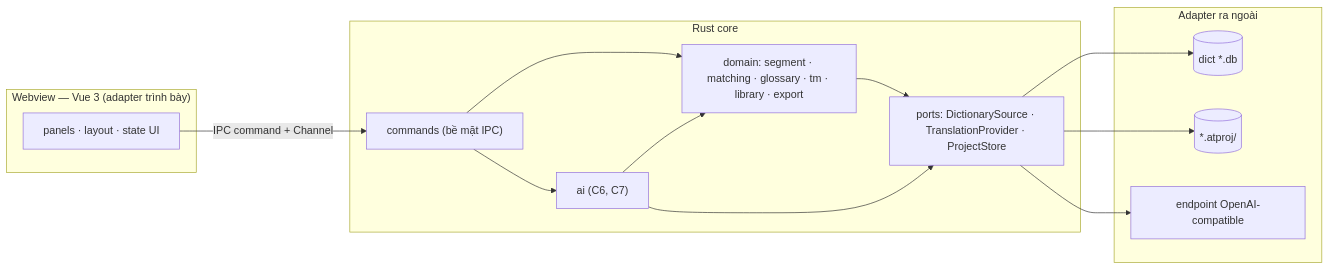
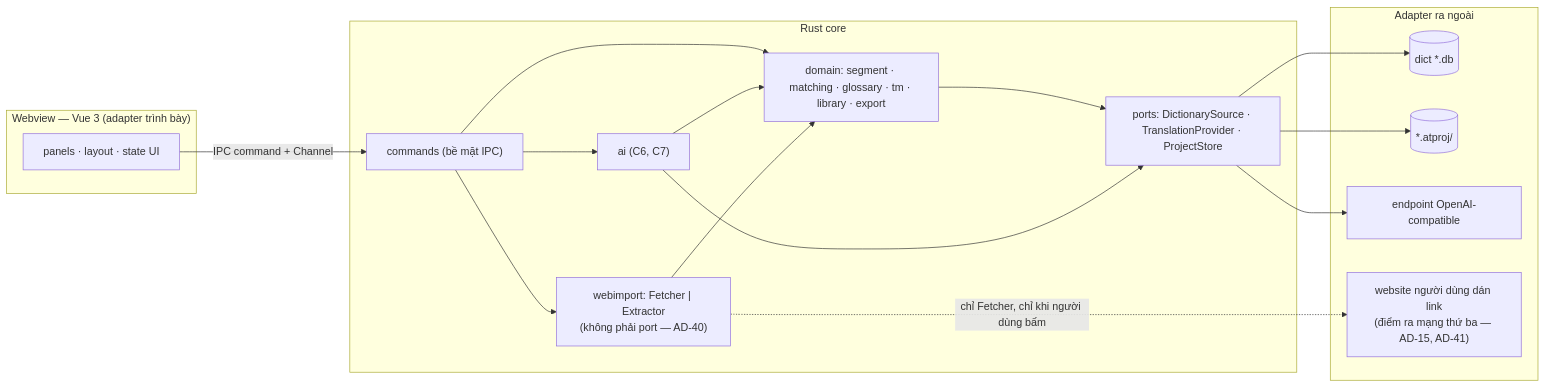
One commit to vannamhh/AuraTranslate changed the first of 4 diagrams in _bmad-output/planning-artifacts/architecture/architecture-AuraTranslate-2026-08-02/ARCHITECTURE-SPINE.md. Above: the diagram before and after it, drawn with Mermaid. The commit also changed other lines of this file and 16 other files, not shown here.

````diff
--- a/_bmad-output/planning-artifacts/architecture/architecture-AuraTranslate-2026-08-02/ARCHITECTURE-SPINE.md
+++ b/_bmad-output/planning-artifacts/architecture/architecture-AuraTranslate-2026-08-02/ARCHITECTURE-SPINE.md
@@ -38,26 +38,31 @@
 ```mermaid
 graph LR
   subgraph webview["Webview — Vue 3 (adapter trình bày)"]
     UI["panels · layout · state UI"]
   end
   subgraph rust["Rust core"]
     CMD["commands (bề mặt IPC)"]
     CORE["domain: segment · matching · glossary · tm · library · export"]
+    WEBIMP["webimport: Fetcher | Extractor<br/>(không phải port — AD-40)"]
     AI["ai (C6, C7)"]
     PORTS["ports: DictionarySource · TranslationProvider · ProjectStore"]
   end
   subgraph out["Adapter ra ngoài"]
     DICT[("dict *.db")]
     PROJ[("*.atproj/")]
     LLM["endpoint OpenAI-compatible"]
+    WEB["website người dùng dán link<br/>(điểm ra mạng thứ ba — AD-15, AD-41)"]
   end
   UI -->|"IPC command + Channel"| CMD
   CMD --> CORE
   CMD --> AI
+  CMD --> WEBIMP
   AI --> CORE
+  WEBIMP --> CORE
   CORE --> PORTS
   AI --> PORTS
   PORTS --> DICT
   PORTS --> PROJ
   PORTS --> LLM
+  WEBIMP -.->|"chỉ Fetcher, chỉ khi người dùng bấm"| WEB
 ```
````
